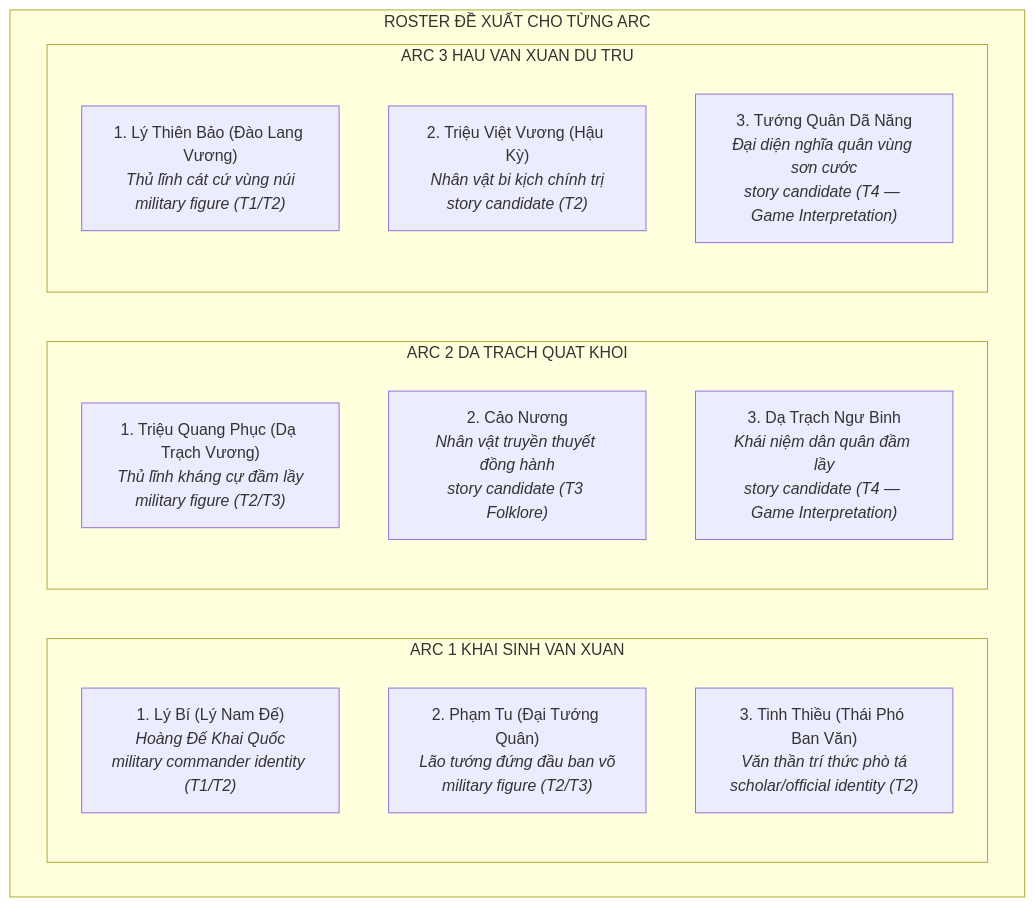
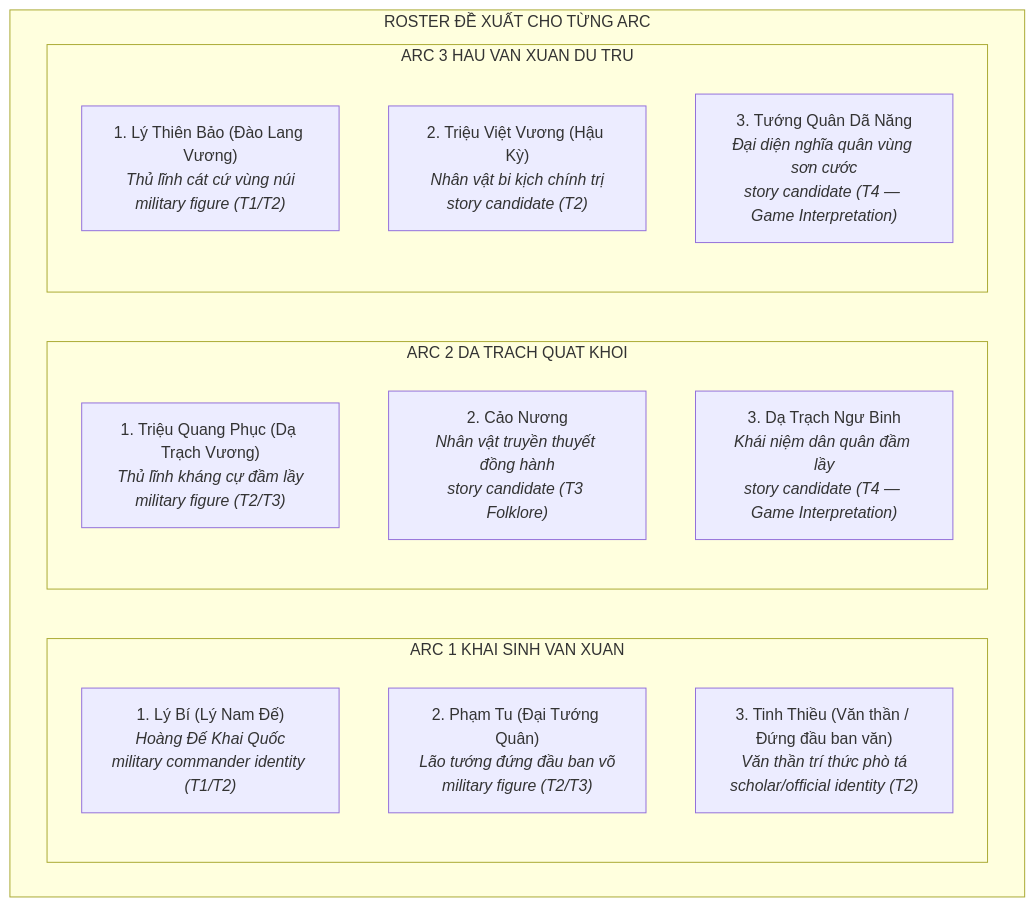
One commit to LightDucan/HuyenSu-TD changed the second of 2 diagrams in docs/drafts/viet-su/van-xuan/roster-selection.md. Above: the diagram before and after it, drawn with Mermaid. The commit also changed other lines of this file and 1 other file, not shown here.

Commit message:
docs(viet-su): finalize Van Xuan chapter roster consistency

````diff
--- a/docs/drafts/viet-su/van-xuan/roster-selection.md
+++ b/docs/drafts/viet-su/van-xuan/roster-selection.md
@@ -127,20 +127,20 @@
 ```mermaid
 graph TD
     subgraph ROSTER ĐỀ XUẤT CHO TỪNG ARC
         subgraph ARC 1 KHAI SINH VAN XUAN
             A1_H1["1. Lý Bí (Lý Nam Đế)<br><i>Hoàng Đế Khai Quốc<br>military commander identity (T1/T2)</i>"]
             A1_H2["2. Phạm Tu (Đại Tướng Quân)<br><i>Lão tướng đứng đầu ban võ<br>military figure (T2/T3)</i>"]
-            A1_H3["3. Tinh Thiều (Thái Phó Ban Văn)<br><i>Văn thần trí thức phò tá<br>scholar/official identity (T2)</i>"]
+            A1_H3["3. Tinh Thiều (Văn thần / Đứng đầu ban văn)<br><i>Văn thần trí thức phò tá<br>scholar/official identity (T2)</i>"]
         end
         subgraph ARC 2 DA TRACH QUAT KHOI
             A2_H1["1. Triệu Quang Phục (Dạ Trạch Vương)<br><i>Thủ lĩnh kháng cự đầm lầy<br>military figure (T2/T3)</i>"]
             A2_H2["2. Cảo Nương<br><i>Nhân vật truyền thuyết đồng hành<br>story candidate (T3 Folklore)</i>"]
             A2_H3["3. Dạ Trạch Ngư Binh<br><i>Khái niệm dân quân đầm lầy<br>story candidate (T4 — Game Interpretation)</i>"]
         end
         subgraph ARC 3 HAU VAN XUAN DU TRU
             A3_H1["1. Lý Thiên Bảo (Đào Lang Vương)<br><i>Thủ lĩnh cát cứ vùng núi<br>military figure (T1/T2)</i>"]
             A3_H2["2. Triệu Việt Vương (Hậu Kỳ)<br><i>Nhân vật bi kịch chính trị<br>story candidate (T2)</i>"]
             A3_H3["3. Tướng Quân Dã Năng<br><i>Đại diện nghĩa quân vùng sơn cước<br>story candidate (T4 — Game Interpretation)</i>"]
         end
     end
 ```
````
